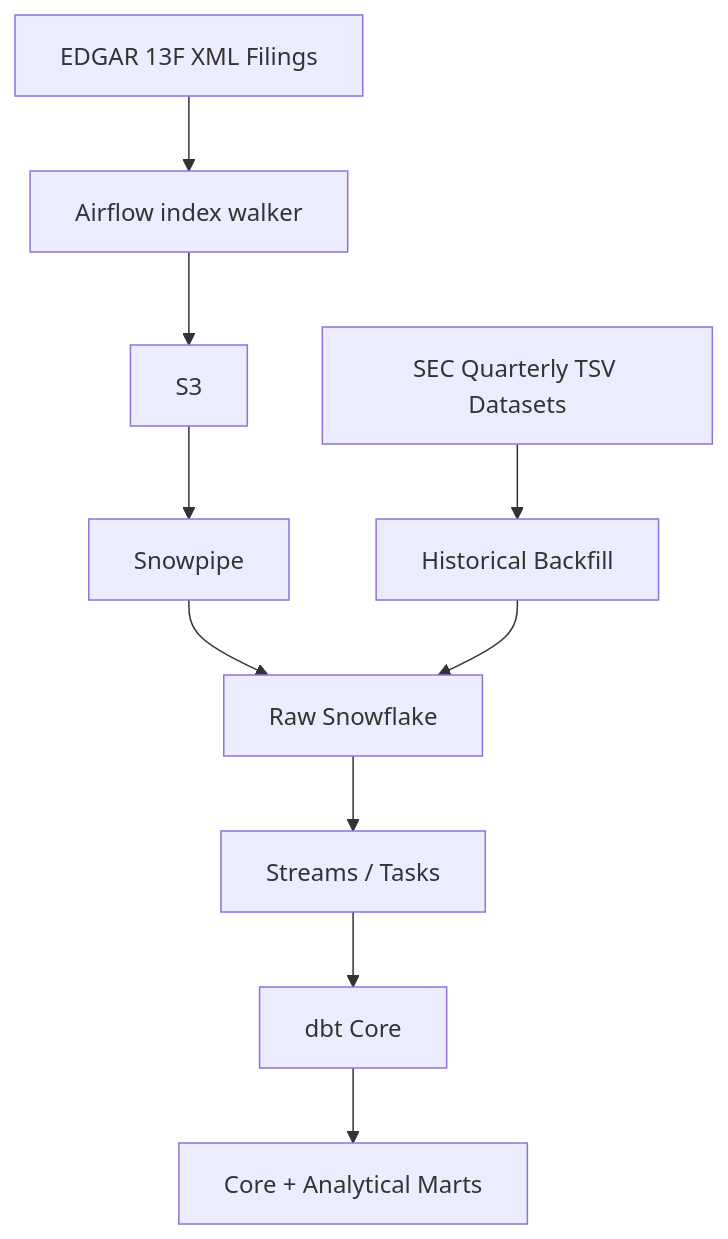
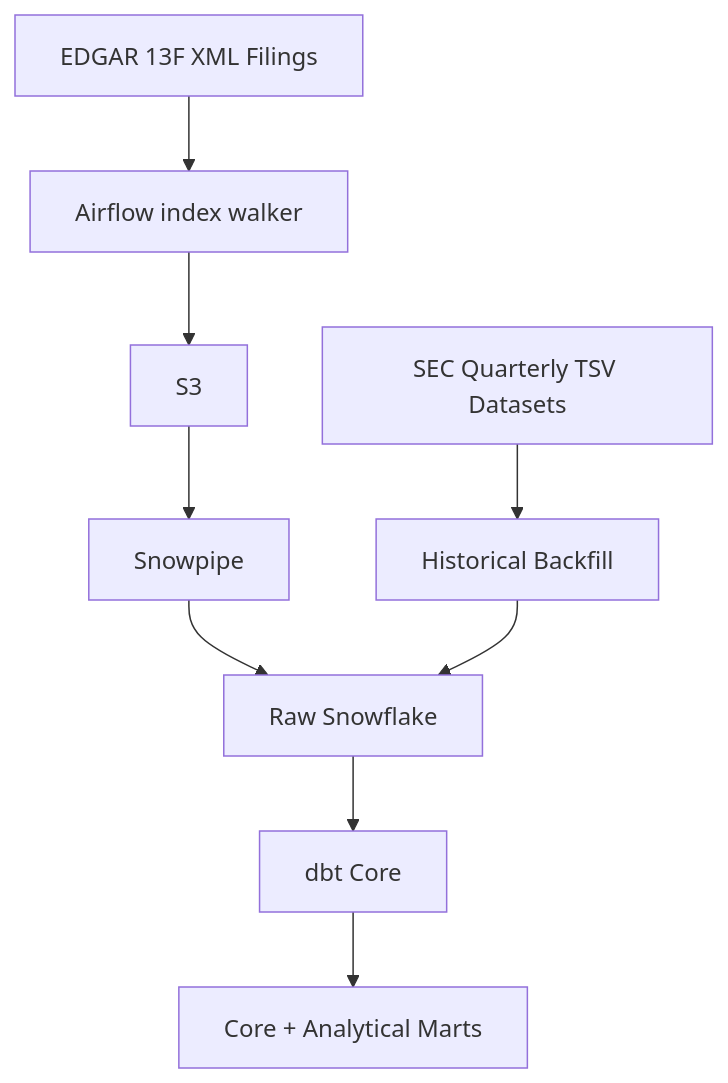
The diagram in docs/scope.md (rodrigopita/edgar-13f-warehouse), drawn with Mermaid before and after one commit. The commit also changed other lines of this file, not shown here.

First line of the commit message:
docs: full rebuilds stand, no Streams or Tasks

````diff
--- a/docs/scope.md
+++ b/docs/scope.md
@@ -30,12 +30,12 @@
 ```mermaid
 flowchart TD
     A[SEC Quarterly TSV Datasets] --> B[Historical Backfill]
     C[EDGAR 13F XML Filings] --> W[Airflow index walker]
     W --> D[S3]
     D --> E[Snowpipe]
     E --> F[Raw Snowflake]
     B --> F
-    F --> G[Streams / Tasks]
-    G --> H[dbt Core]
+    %% Revised 2026-10-23: no Streams / Tasks; dbt rebuilds from raw.
+    F --> H[dbt Core]
     H --> I[Core + Analytical Marts]
 ```
````
